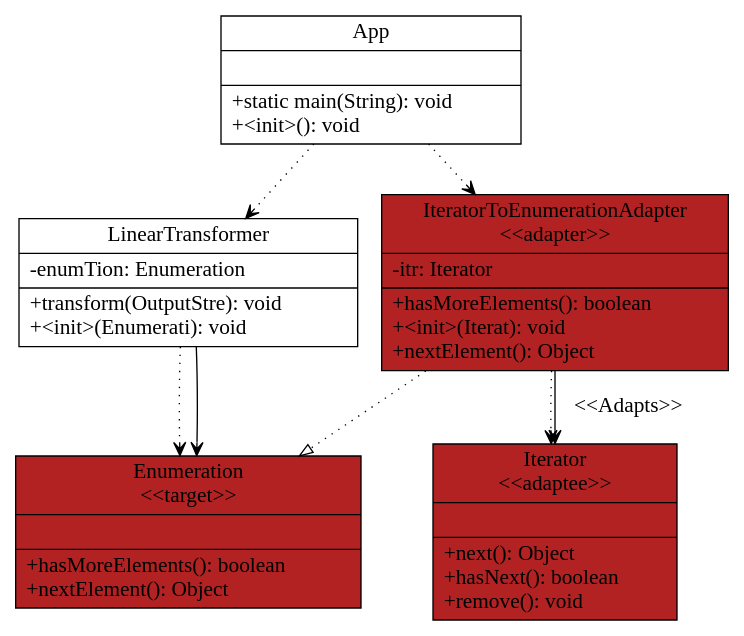
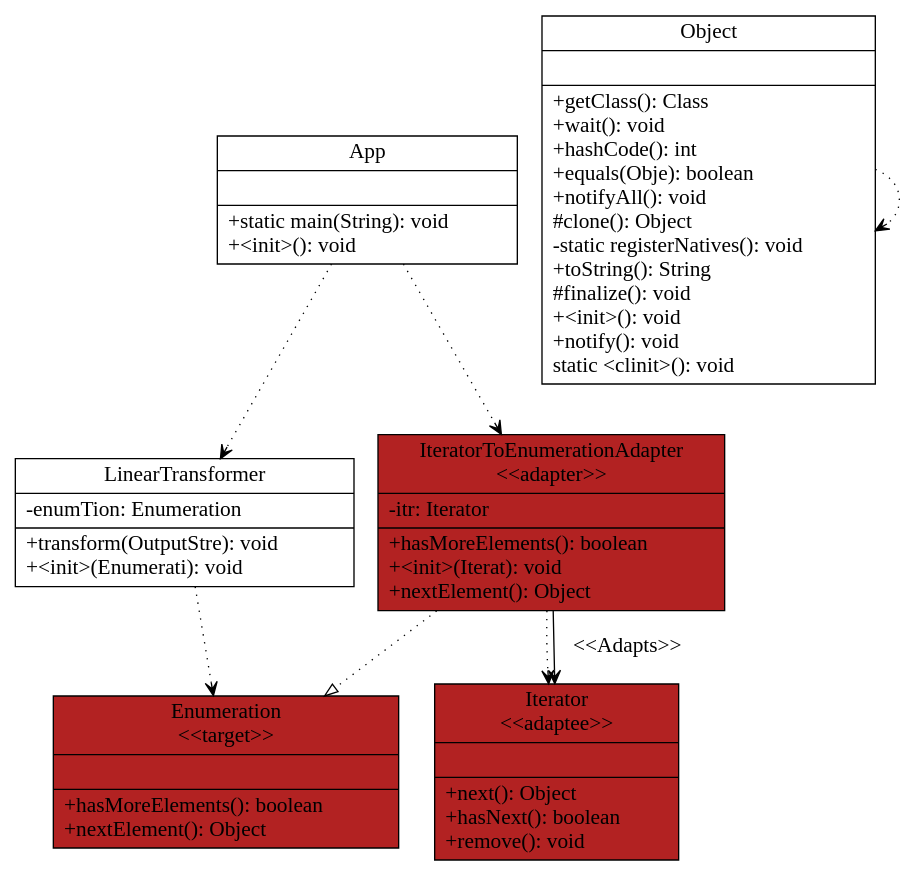
Before and after one commit to Maast3r/UMLMaker: the diagram in src/lab5one.dot, drawn with Graphviz. The commit also changed 28 other files, not shown here.

```diff
--- a/src/lab5one.dot
+++ b/src/lab5one.dot
@@ -1,54 +1,60 @@
 digraph G{
 	fontname = "Bitstream Vera Sans"
 	fontsize = 16
 
 node [
 	fontname = "Bitstream Vera Sans"
 	fontsize = 16
 
  shape = "record"
 ]
 edge [
 	fontname = "Bitstream Vera Sans"
 	fontsize = 16
 ]
 App [ 
 center=true
     label="{App| | +static main(String): void\l+\<init\>(): void\l}"color = black
 style = filled 
  fillcolor = white
 ]
 LinearTransformer [ 
 center=true
     label="{LinearTransformer|-enumTion: Enumeration \l | +transform(OutputStre): void\l+\<init\>(Enumerati): void\l}"color = black
 style = filled 
  fillcolor = white
 ]
 Enumeration [ 
 center=true
     label="{Enumeration\n\<\<target\>\>| | +hasMoreElements(): boolean\l+nextElement(): Object\l}"color = null
 style = filled 
  fillcolor = firebrick
 ]
 Iterator [ 
 center=true
     label="{Iterator\n\<\<adaptee\>\>| | +next(): Object\l+hasNext(): boolean\l+remove(): void\l}"color = null
 style = filled 
  fillcolor = firebrick
 ]
+Object [ 
+center=true
+    label="{Object| | +getClass(): Class\l+wait(): void\l+hashCode(): int\l+equals(Obje): boolean\l+notifyAll(): void\l#clone(): Object\l-static registerNatives(): void\l+toString(): String\l#finalize(): void\l+\<init\>(): void\l+notify(): void\lstatic \<clinit\>(): void\l}"color = black
+style = filled 
+ fillcolor = white
+]
 IteratorToEnumerationAdapter [ 
 center=true
     label="{IteratorToEnumerationAdapter\n\<\<adapter\>\>|-itr: Iterator \l | +hasMoreElements(): boolean\l+\<init\>(Iterat): void\l+nextElement(): Object\l}"color = null
 style = filled 
  fillcolor = firebrick
 ]
 App -> LinearTransformer[arrowhead = vee, style = dotted]
 App -> IteratorToEnumerationAdapter[arrowhead = vee, style = dotted]
 LinearTransformer -> Enumeration[arrowhead = vee, style = dotted]
-LinearTransformer -> Enumeration[arrowhead = veenull]
+Object -> Object[arrowhead = vee, style = dotted]
 IteratorToEnumerationAdapter -> Iterator[arrowhead = vee, style = dotted]
 IteratorToEnumerationAdapter -> Iterator[arrowhead = vee,label="\<\<Adapts\>\>"]
 IteratorToEnumerationAdapter -> Enumeration[arrowhead = onormal,style = dotted]
 
 
 }
```
